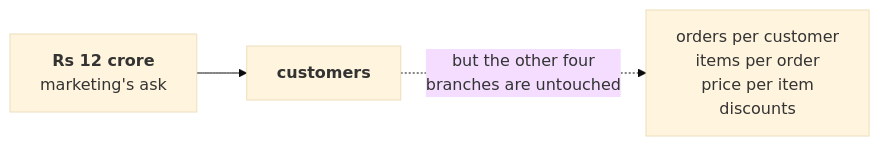
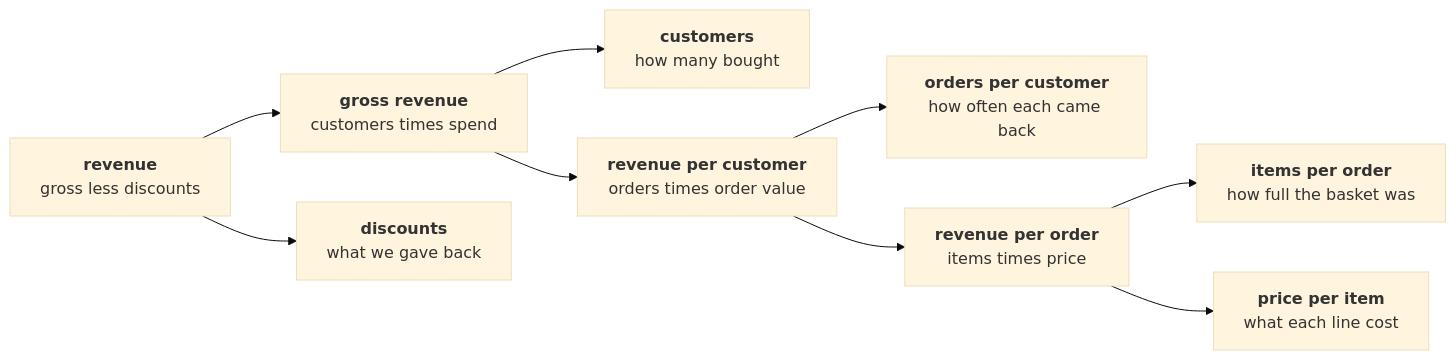
The second of 3 diagrams in content/W01/D1/whiteboards/C2_W01_D01_revenue_tree_STUDENT.md (fde-academy-lab/c2-content-factory), drawn with Mermaid (base theme) before and after one commit. The commit also changed other lines of this file and 6 other files, not shown here.

````diff
--- a/content/W01/D1/whiteboards/C2_W01_D01_revenue_tree_STUDENT.md
+++ b/content/W01/D1/whiteboards/C2_W01_D01_revenue_tree_STUDENT.md
@@ -75,5 +31,11 @@
 ```mermaid
 flowchart LR
-    M["<b>Rs 12 crore</b><br/>marketing's ask"] --> C["<b>customers</b>"]
-    C -.->|"but the other four<br/>branches are untouched"| X["orders per customer<br/>items per order<br/>price per item<br/>discounts"]
+    R["<b>revenue</b><br/>gross less discounts"] --> G["<b>gross revenue</b><br/>customers times spend"]
+    R --> D["<b>discounts</b><br/>what we gave back"]
+    G --> C["<b>customers</b><br/>how many bought"]
+    G --> V["<b>revenue per customer</b><br/>orders times order value"]
+    V --> F["<b>orders per customer</b><br/>how often each came back"]
+    V --> O["<b>revenue per order</b><br/>items times price"]
+    O --> B["<b>items per order</b><br/>how full the basket was"]
+    O --> P["<b>price per item</b><br/>what each line cost"]
 ```
````
